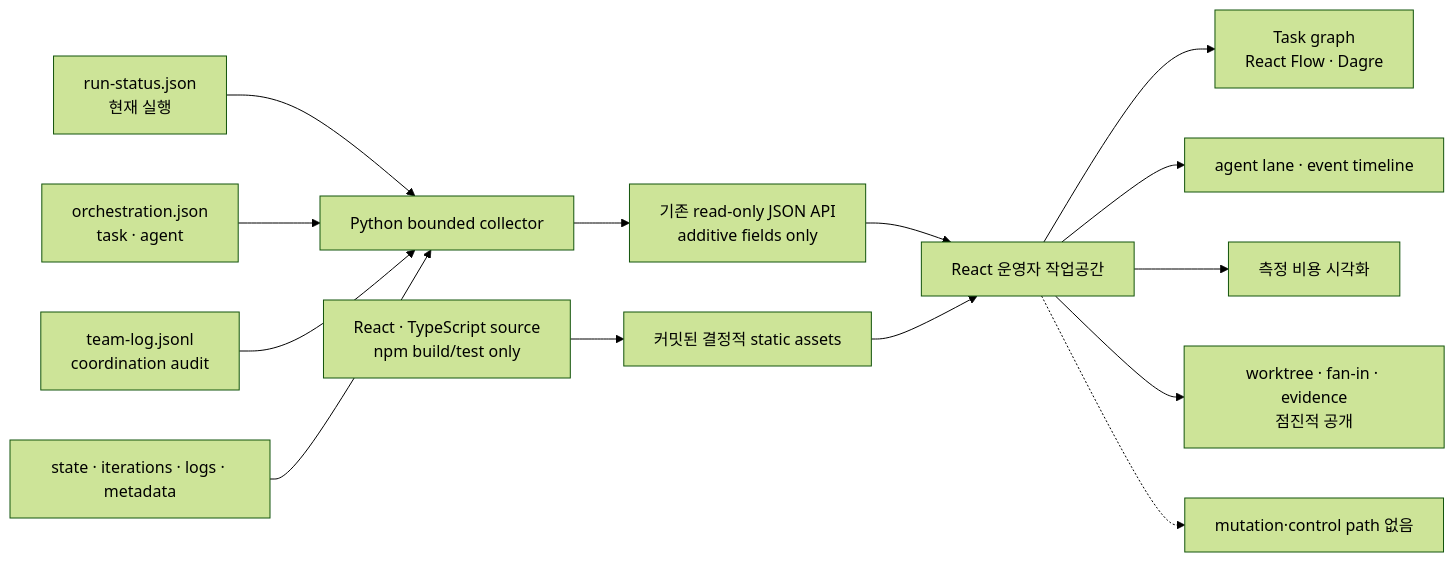
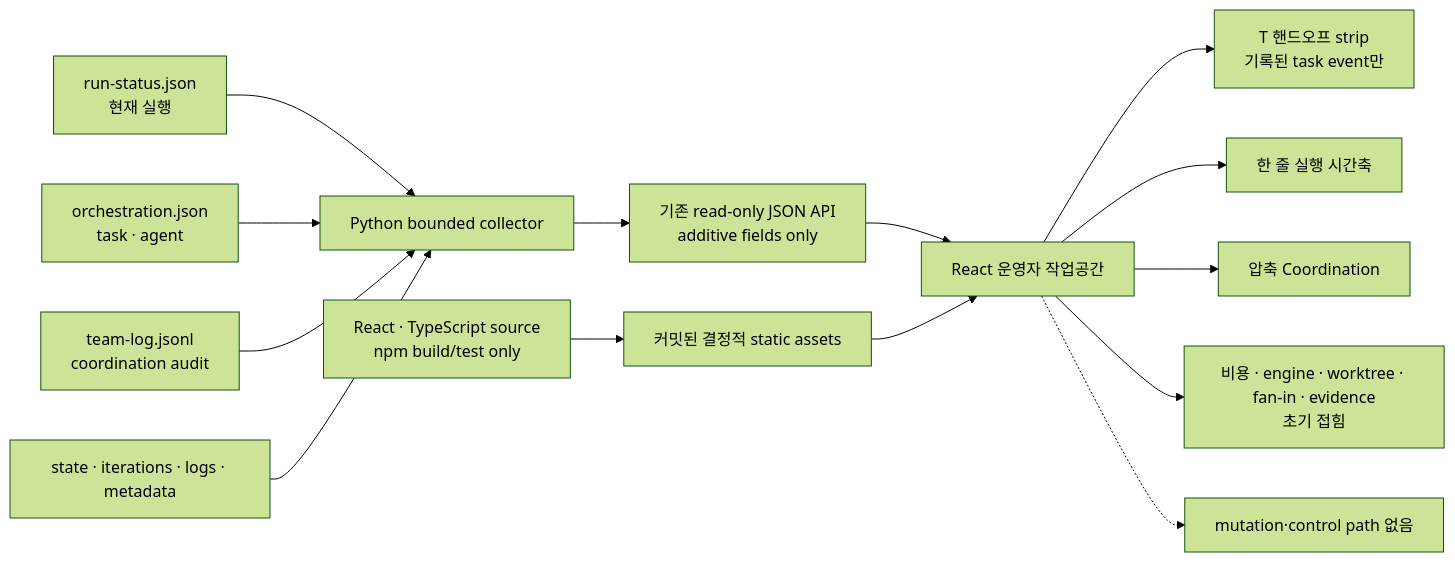
The diagram in docs/specs/2026-08-19-autoloop-dashboard-operator-ux.md (nohdol97/nohdol-harness), drawn with Mermaid (forest theme) before and after one commit. The commit also changed other lines of this file and 11 other files, not shown here.

````diff
--- a/docs/specs/2026-08-19-autoloop-dashboard-operator-ux.md
+++ b/docs/specs/2026-08-19-autoloop-dashboard-operator-ux.md
@@ -61,16 +61,16 @@
 ```mermaid
 flowchart LR
   RUN["run-status.json<br/>현재 실행"] --> COLLECT["Python bounded collector"]
   ORCH["orchestration.json<br/>task · agent"] --> COLLECT
   TEAM["team-log.jsonl<br/>coordination audit"] --> COLLECT
   OTHER["state · iterations · logs · metadata"] --> COLLECT
   COLLECT --> API["기존 read-only JSON API<br/>additive fields only"]
   BUILD["React · TypeScript source<br/>npm build/test only"] --> DIST["커밋된 결정적 static assets"]
   API --> APP["React 운영자 작업공간"]
   DIST --> APP
-  APP --> GRAPH["Task graph<br/>React Flow · Dagre"]
-  APP --> ACTIVITY["agent lane · event timeline"]
-  APP --> COST["측정 비용 시각화"]
-  APP --> DETAILS["worktree · fan-in · evidence<br/>점진적 공개"]
+  APP --> HANDOFF["T 핸드오프 strip<br/>기록된 task event만"]
+  APP --> ACTIVITY["한 줄 실행 시간축"]
+  APP --> COORD["압축 Coordination"]
+  APP --> DETAILS["비용 · engine · worktree · fan-in · evidence<br/>초기 접힘"]
   APP -.-> CONTROL["mutation·control path 없음"]
 ```
````
